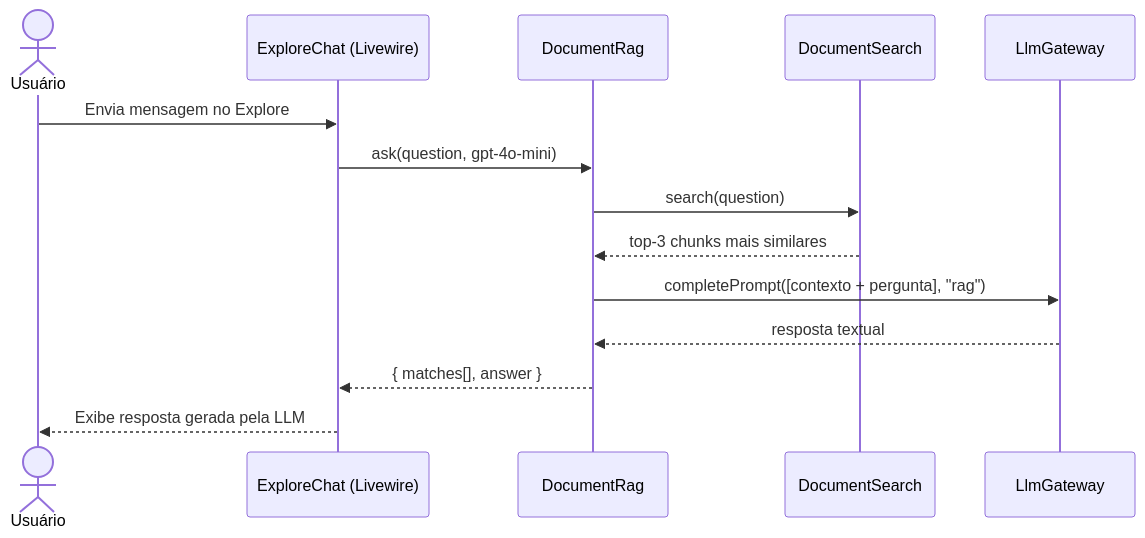
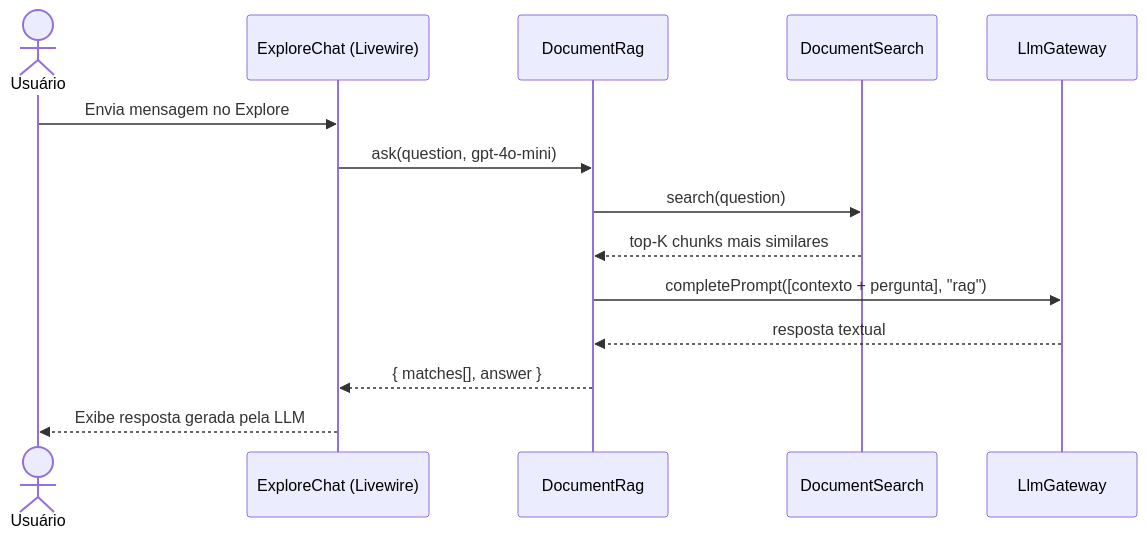
The third of 5 diagrams in docs/rag.md (Fredrumond/pm_helper), drawn with Mermaid before and after one commit. The commit also changed other lines of this file and 16 other files, not shown here.

````diff
--- a/docs/rag.md
+++ b/docs/rag.md
@@ -90,17 +90,17 @@
 ```mermaid
 sequenceDiagram
     actor U as Usuário
     participant E as ExploreChat (Livewire)
     participant R as DocumentRag
     participant S as DocumentSearch
     participant L as LlmGateway
 
     U->>E: Envia mensagem no Explore
     E->>R: ask(question, gpt-4o-mini)
     R->>S: search(question)
-    S-->>R: top-3 chunks mais similares
+    S-->>R: top-K chunks mais similares
     R->>L: completePrompt([contexto + pergunta], "rag")
     L-->>R: resposta textual
     R-->>E: { matches[], answer }
     E-->>U: Exibe resposta gerada pela LLM
 ```
````
